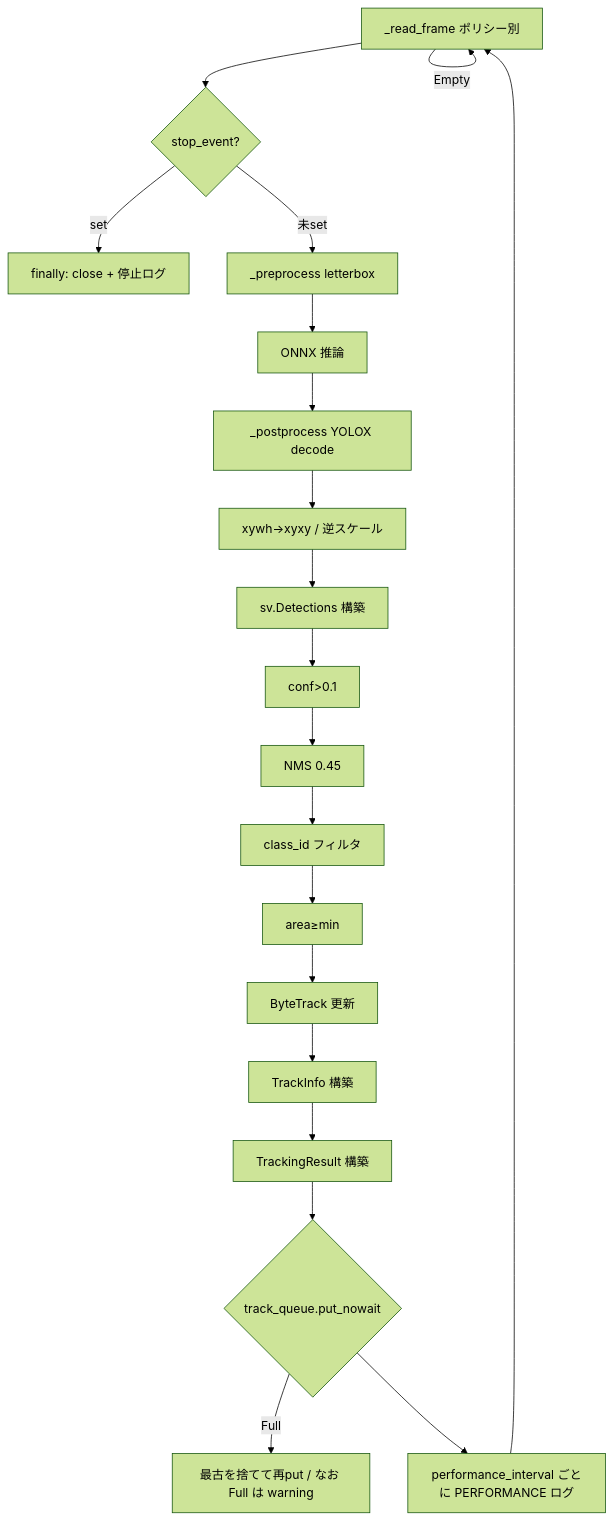
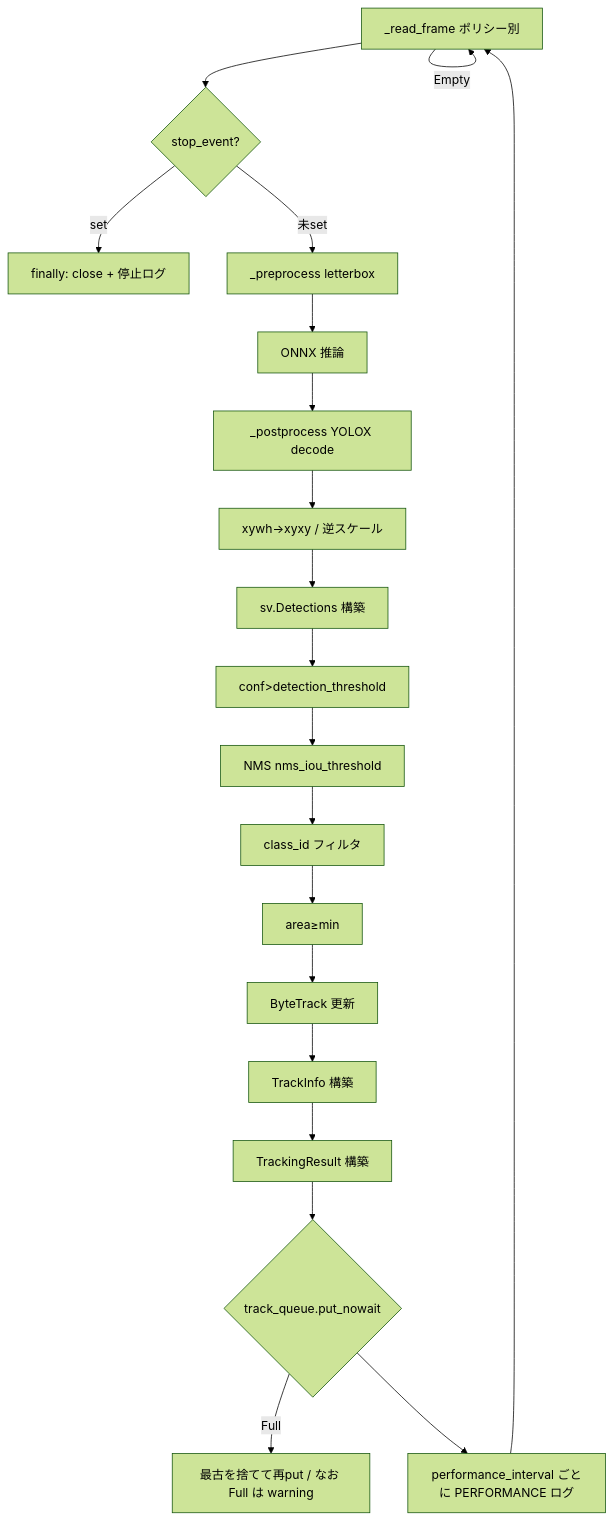
The diagram in docs/specs/object-tracking-controller/design.md (NobuoTsukamoto/multiprocess-object-tracker), drawn with Mermaid (forest theme) before and after one commit. The commit also changed other lines of this file and 14 other files, not shown here.

First line of the commit message:
feat(detection): 生検出/NMS しきい値を設定キー化（detection_threshold/nms_iou_threshold）

````diff
--- a/docs/specs/object-tracking-controller/design.md
+++ b/docs/specs/object-tracking-controller/design.md
@@ -43,18 +43,18 @@
 ```mermaid
 flowchart TD
     R[_read_frame ポリシー別] -->|Empty| R
     R --> SC{stop_event?}
     SC -->|set| FIN[finally: close + 停止ログ]
     SC -->|未set| P[_preprocess letterbox]
     P --> INF[ONNX 推論]
     INF --> PP[_postprocess YOLOX decode]
     PP --> XY[xywh→xyxy / 逆スケール]
     XY --> DET[sv.Detections 構築]
-    DET --> F1[conf>0.1] --> F2[NMS 0.45] --> F3[class_id フィルタ] --> F4[area≥min]
+    DET --> F1[conf>detection_threshold] --> F2[NMS nms_iou_threshold] --> F3[class_id フィルタ] --> F4[area≥min]
     F4 --> BT[ByteTrack 更新]
     BT --> TI[TrackInfo 構築]
     TI --> TR[TrackingResult 構築]
     TR --> Q{track_queue.put_nowait}
     Q -->|Full| EV[最古を捨てて再put / なお Full は warning]
     Q --> PERF[performance_interval ごとに PERFORMANCE ログ] --> R
 ```
````
